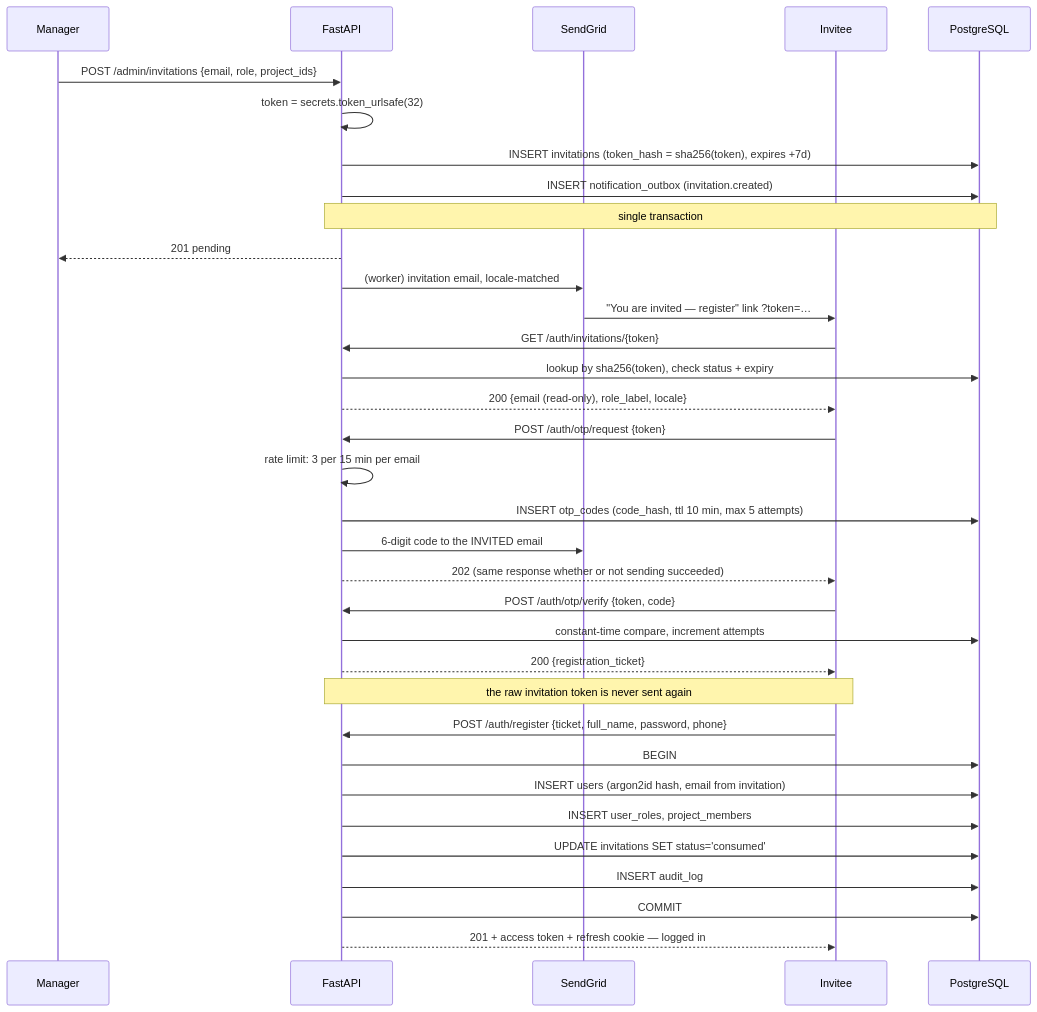
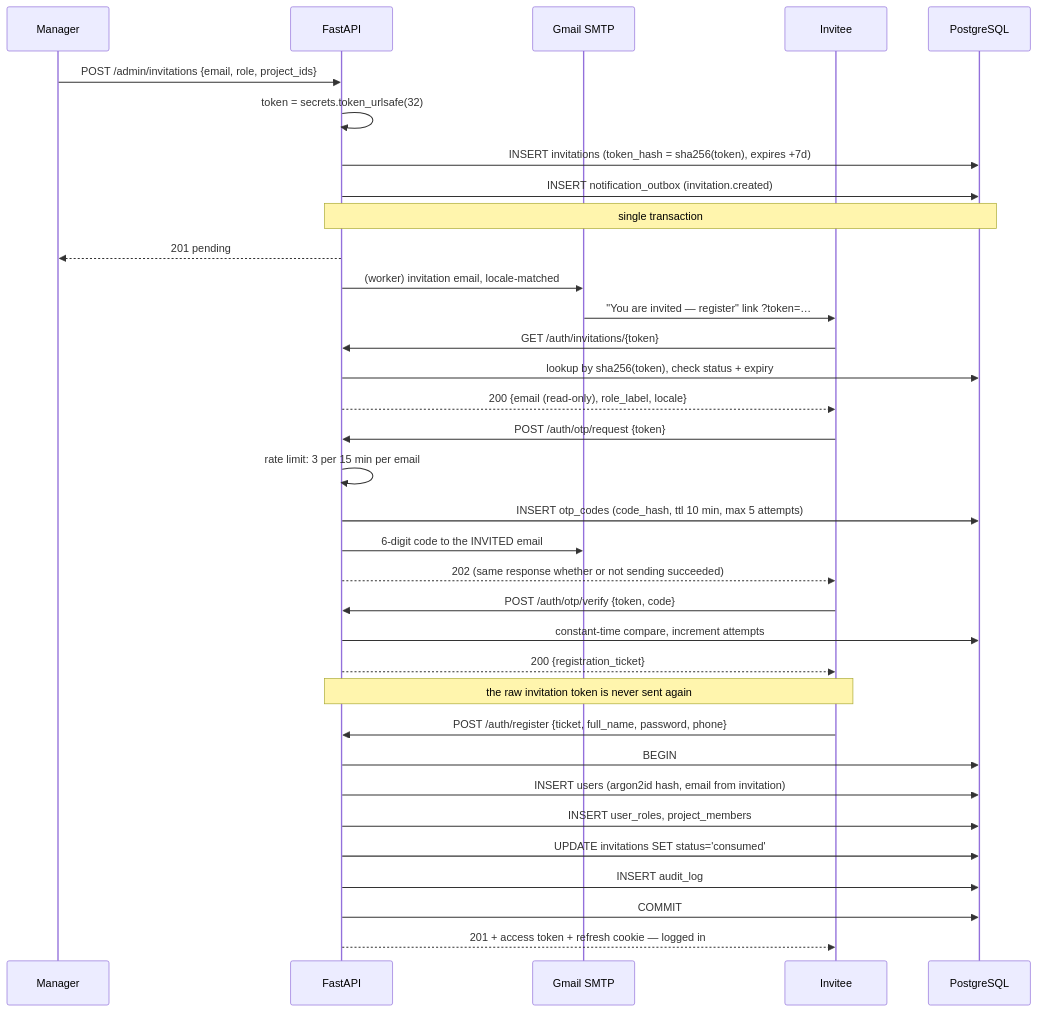
One commit to EladAM52/kavim_app changed the fifth of 5 diagrams in docs/SPEC.md. Above: the diagram before and after it, drawn with Mermaid. The commit also changed other lines of this file and 13 other files, not shown here.

First line of the commit message:
feat(email)!: move to Gmail SMTP and defer SMS

````diff
--- a/docs/SPEC.md
+++ b/docs/SPEC.md
@@ -847,41 +868,41 @@
 ```mermaid
 sequenceDiagram
     participant MG as Manager
     participant API as FastAPI
-    participant SG as SendGrid
+    participant SG as Gmail SMTP
     participant IV as Invitee
     participant DB as PostgreSQL
 
     MG->>API: POST /admin/invitations {email, role, project_ids}
     API->>API: token = secrets.token_urlsafe(32)
     API->>DB: INSERT invitations (token_hash = sha256(token), expires +7d)
     API->>DB: INSERT notification_outbox (invitation.created)
     Note over API,DB: single transaction
     API-->>MG: 201 pending
     API->>SG: (worker) invitation email, locale-matched
     SG->>IV: "You are invited — register" link ?token=…
 
     IV->>API: GET /auth/invitations/{token}
     API->>DB: lookup by sha256(token), check status + expiry
     API-->>IV: 200 {email (read-only), role_label, locale}
 
     IV->>API: POST /auth/otp/request {token}
     API->>API: rate limit: 3 per 15 min per email
     API->>DB: INSERT otp_codes (code_hash, ttl 10 min, max 5 attempts)
     API->>SG: 6-digit code to the INVITED email
     API-->>IV: 202 (same response whether or not sending succeeded)
 
     IV->>API: POST /auth/otp/verify {token, code}
     API->>DB: constant-time compare, increment attempts
     API-->>IV: 200 {registration_ticket}  # JWT, 15 min, scope=register
     Note over IV,API: the raw invitation token is never sent again
 
     IV->>API: POST /auth/register {ticket, full_name, password, phone}
     API->>DB: BEGIN
     API->>DB: INSERT users (argon2id hash, email from invitation)
     API->>DB: INSERT user_roles, project_members
     API->>DB: UPDATE invitations SET status='consumed'
     API->>DB: INSERT audit_log
     API->>DB: COMMIT
     API-->>IV: 201 + access token + refresh cookie — logged in
 ```
````
